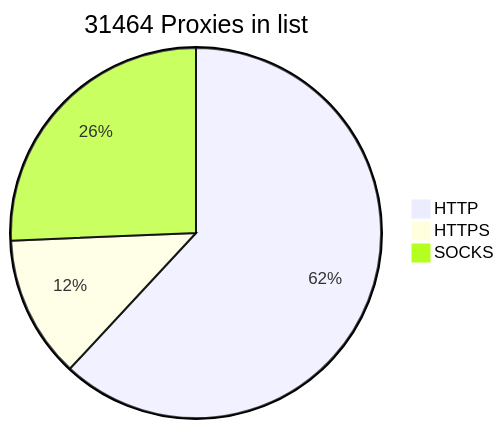
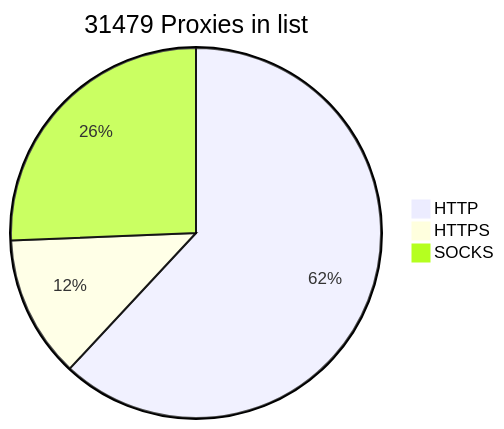
One commit to BlackSnowDot/proxylist-update-every-minute changed the diagram in README.md. Above: the diagram before and after it, drawn with Mermaid. The commit also changed other lines of this file, not shown here.

````diff
--- a/README.md
+++ b/README.md
@@ -2,6 +2,6 @@
 ```mermaid
-pie title 31464 Proxies in list
-    "HTTP" : 21497
+pie title 31479 Proxies in list
+    "HTTP" : 21512
     "HTTPS": 4313
     "SOCKS" : 8910
 ```
````
